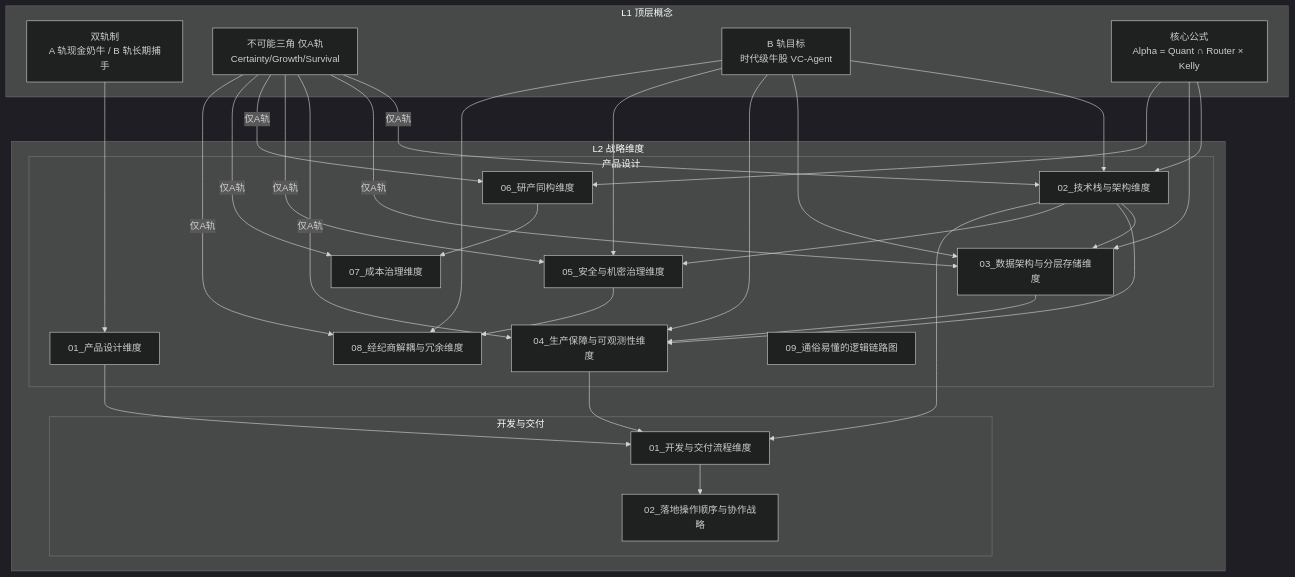
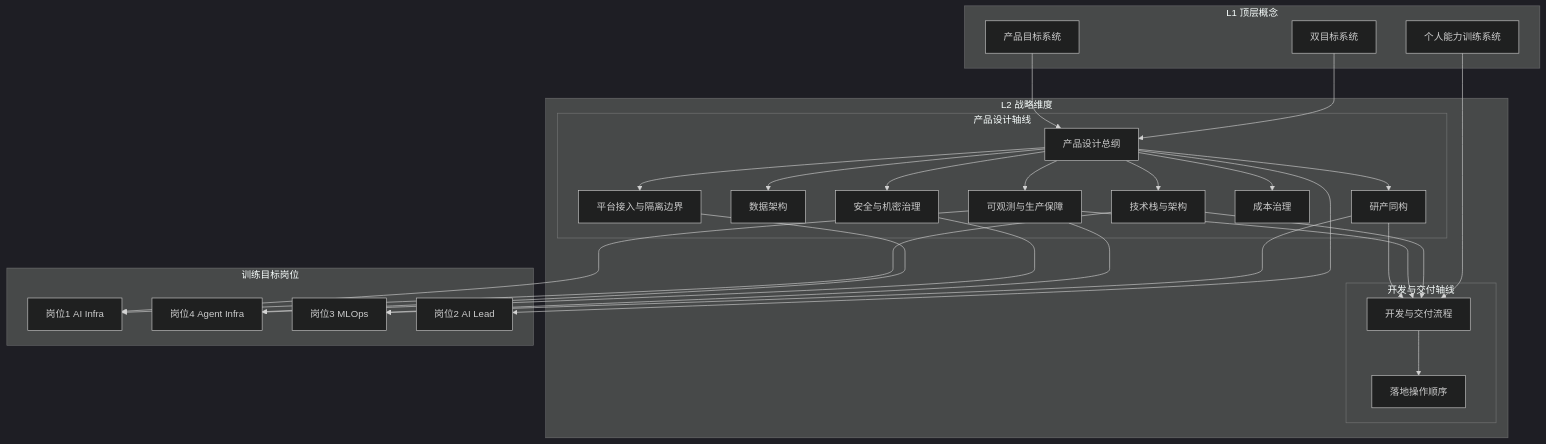
Before and after one commit to myxxhui/diting-doc: the diagram in 02_战略维度/00_维度关系总览.md, drawn with Mermaid (dark theme). The commit also changed other lines of this file and 9 other files, not shown here.

````diff
--- a/02_战略维度/00_维度关系总览.md
+++ b/02_战略维度/00_维度关系总览.md
@@ -14,56 +19,58 @@
 ```mermaid
 flowchart TB
-    subgraph L1[L1 顶层概念]
-        Barbell[双轨制<br/>A 轨现金奶牛 / B 轨长期捕手]
-        Triangle[不可能三角 仅A轨<br/>Certainty/Growth/Survival]
-        BGoal[B 轨目标<br/>时代级牛股 VC-Agent]
-        Formula[核心公式<br/>Alpha = Quant ∩ Router × Kelly]
+  subgraph L1[L1 顶层概念]
+    A[双目标系统]
+    B[产品目标系统]
+    C[个人能力训练系统]
+  end
+
+  subgraph L2[L2 战略维度]
+    subgraph P[产品设计轴线]
+      P1[产品设计总纲]
+      P2[技术栈与架构]
+      P3[数据架构]
+      P4[可观测与生产保障]
+      P5[安全与机密治理]
+      P6[研产同构]
+      P7[成本治理]
+      P8[平台接入与隔离边界]
     end
 
-    subgraph L2[L2 战略维度]
-        subgraph 产品设计[产品设计]
-            PD0[01_产品设计维度]
-            PD1[02_技术栈与架构维度]
-            PD2[03_数据架构与分层存储维度]
-            PD3[04_生产保障与可观测性维度]
-            PD4[05_安全与机密治理维度]
-            PD5[06_研产同构维度]
-            PD6[07_成本治理维度]
-            PD7[08_经纪商解耦与冗余维度]
-            PD8[09_通俗易懂的逻辑链路图]
-        end
-        subgraph 开发与交付[开发与交付]
-            DD1[01_开发与交付流程维度]
-            DD2[02_落地操作顺序与协作战略]
-        end
+    subgraph D[开发与交付轴线]
+      D1[开发与交付流程]
+      D2[落地操作顺序]
     end
+  end
 
-    Barbell --> PD0
-    Triangle -->|仅A轨| PD1
-    Triangle -->|仅A轨| PD2
-    Triangle -->|仅A轨| PD3
-    Triangle -->|仅A轨| PD4
-    Triangle -->|仅A轨| PD5
-    Triangle -->|仅A轨| PD6
-    Triangle -->|仅A轨| PD7
-    BGoal --> PD1
-    BGoal --> PD2
-    BGoal --> PD3
-    BGoal --> PD4
-    BGoal --> PD7
+  subgraph Jobs[训练目标岗位]
+    J1[岗位1 AI Infra]
+    J2[岗位4 Agent Infra]
+    J3[岗位3 MLOps]
+    J4[岗位2 AI Lead]
+  end
 
-    Formula --> PD1
-    Formula --> PD2
-    Formula --> PD5
+  A --> P1
+  B --> P1
+  C --> D1
 
-    PD1 --> PD2
-    PD1 --> PD3
-    PD1 --> PD4
-    PD2 --> PD3
-    PD4 --> PD7
-    PD5 --> PD6
-    PD1 --> DD1
-    PD3 --> DD1
-    PD0 --> DD1
-    DD1 --> DD2
+  P1 --> P2
+  P1 --> P3
+  P1 --> P4
+  P1 --> P5
+  P1 --> P6
+  P1 --> P7
+  P1 --> P8
+
+  P2 --> J1
+  P5 --> J2
+  P6 --> J3
+  P1 --> J4
+  P4 --> J1
+  P4 --> J3
+  P8 --> J2
+
+  P2 --> D1
+  P4 --> D1
+  P6 --> D1
+  D1 --> D2
 ```
````
